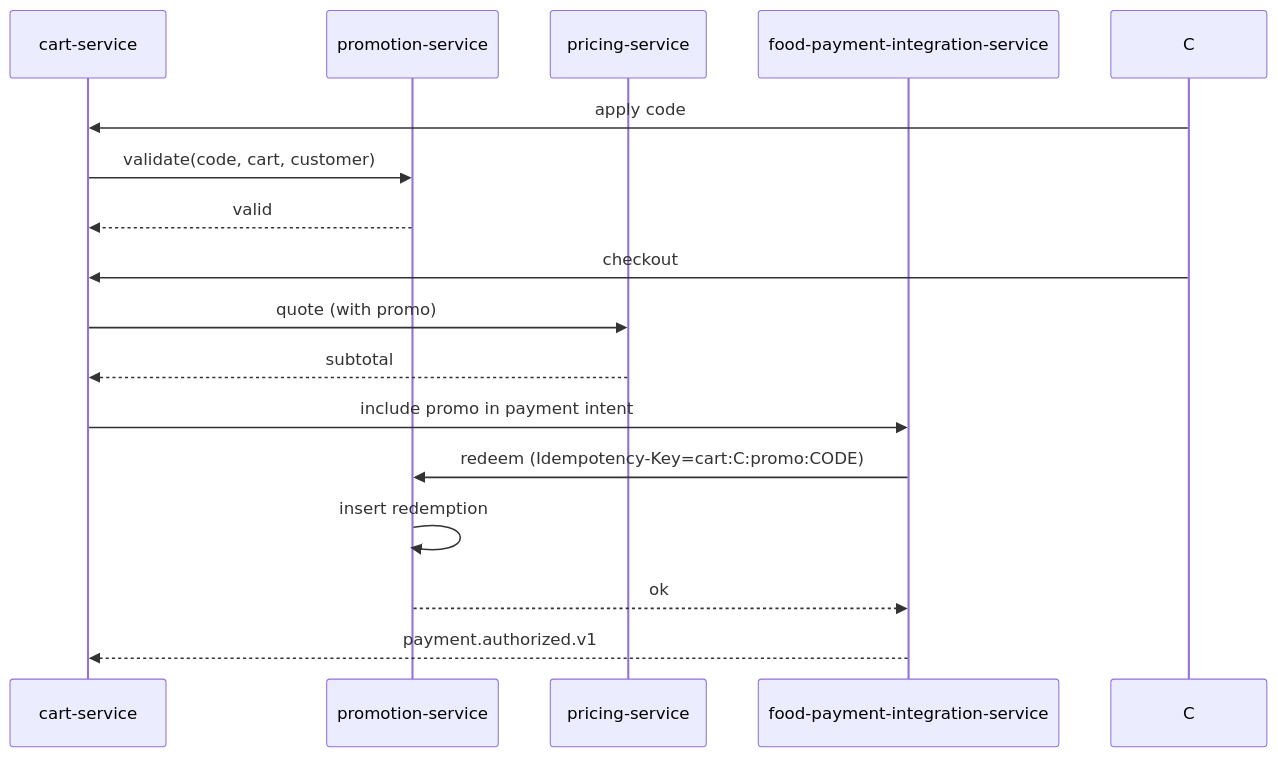
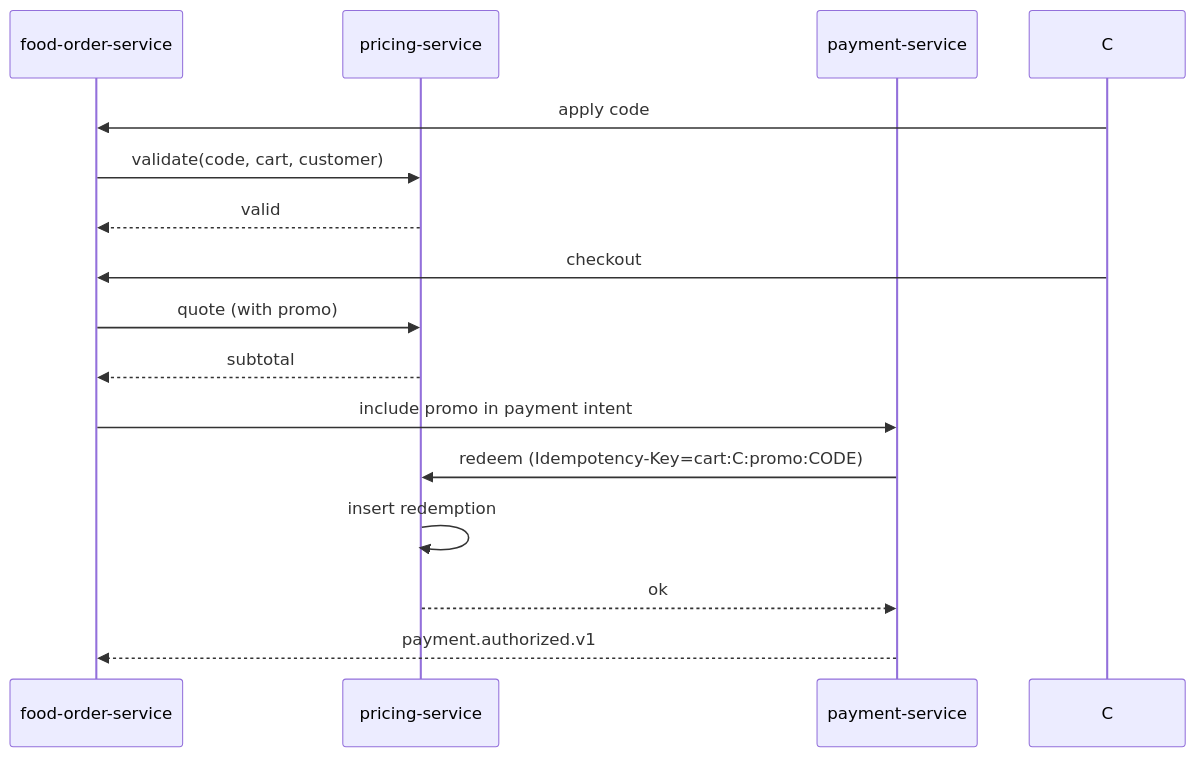
Diagram 11 of 12 in docs/workflows/FOOD_ORDER_WORKFLOWS.md (mohamedhabibwork/trips-enjoy-docs), drawn with Mermaid before and after one commit. The commit also changed other lines of this file and 525 other files, not shown here.

````diff
--- a/docs/workflows/FOOD_ORDER_WORKFLOWS.md
+++ b/docs/workflows/FOOD_ORDER_WORKFLOWS.md
@@ -325,19 +305,18 @@
 ```mermaid
 sequenceDiagram
-    participant CRT as cart-service
-    participant PRM as promotion-service
+    participant FOR as food-order-service
     participant PRC as pricing-service
-    participant FPI as food-payment-integration-service
+    participant PAY as payment-service
 
-    C->>CRT: apply code
-    CRT->>PRM: validate(code, cart, customer)
-    PRM-->>CRT: valid
-    C->>CRT: checkout
-    CRT->>PRC: quote (with promo)
-    PRC-->>CRT: subtotal
-    CRT->>FPI: include promo in payment intent
-    FPI->>PRM: redeem (Idempotency-Key=cart:C:promo:CODE)
-    PRM->>PRM: insert redemption
-    PRM-->>FPI: ok
-    FPI-->>CRT: payment.authorized.v1
+    C->>FOR: apply code
+    FOR->>PRC: validate(code, cart, customer)
+    PRC-->>FOR: valid
+    C->>FOR: checkout
+    FOR->>PRC: quote (with promo)
+    PRC-->>FOR: subtotal
+    FOR->>PAY: include promo in payment intent
+    PAY->>PRC: redeem (Idempotency-Key=cart:C:promo:CODE)
+    PRC->>PRC: insert redemption
+    PRC-->>PAY: ok
+    PAY-->>FOR: payment.authorized.v1
 ```
````
